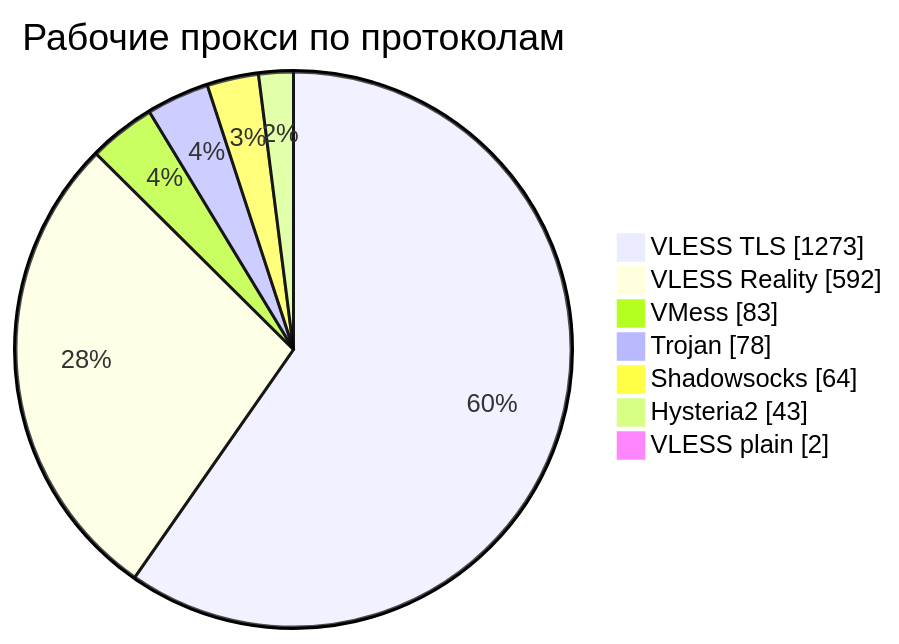
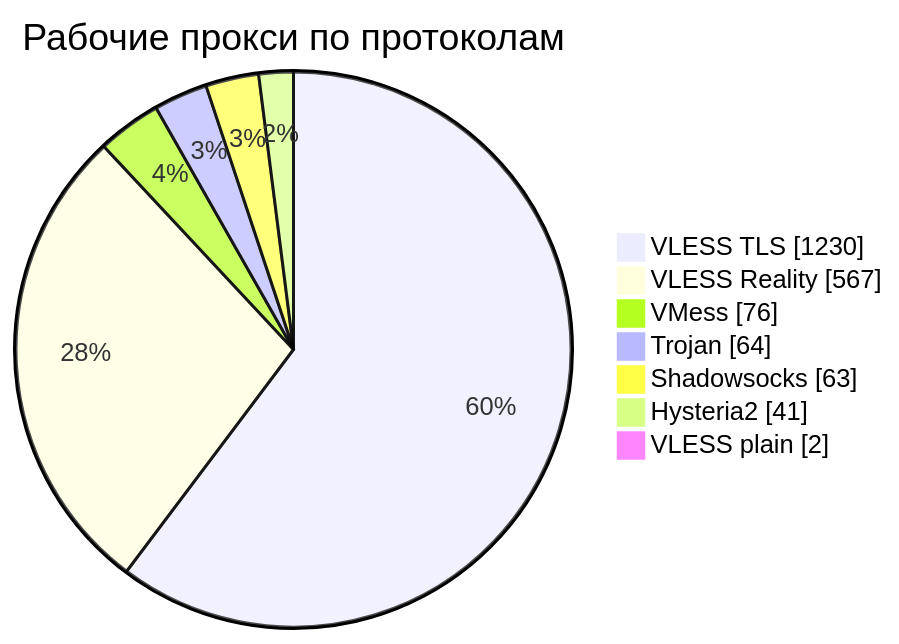
Before and after one commit to rvvg/proxy-subs: the third of 4 diagrams in README.md, drawn with Mermaid. The commit also changed other lines of this file and 51 other files, not shown here.

````diff
--- a/README.md
+++ b/README.md
@@ -140,11 +140,11 @@
 ```mermaid
 pie showData
     title Рабочие прокси по протоколам
-    "VLESS TLS" : 1273
-    "VLESS Reality" : 592
-    "VMess" : 83
-    "Trojan" : 78
-    "Shadowsocks" : 64
-    "Hysteria2" : 43
+    "VLESS TLS" : 1230
+    "VLESS Reality" : 567
+    "VMess" : 76
+    "Trojan" : 64
+    "Shadowsocks" : 63
+    "Hysteria2" : 41
     "VLESS plain" : 2
 ```
````
